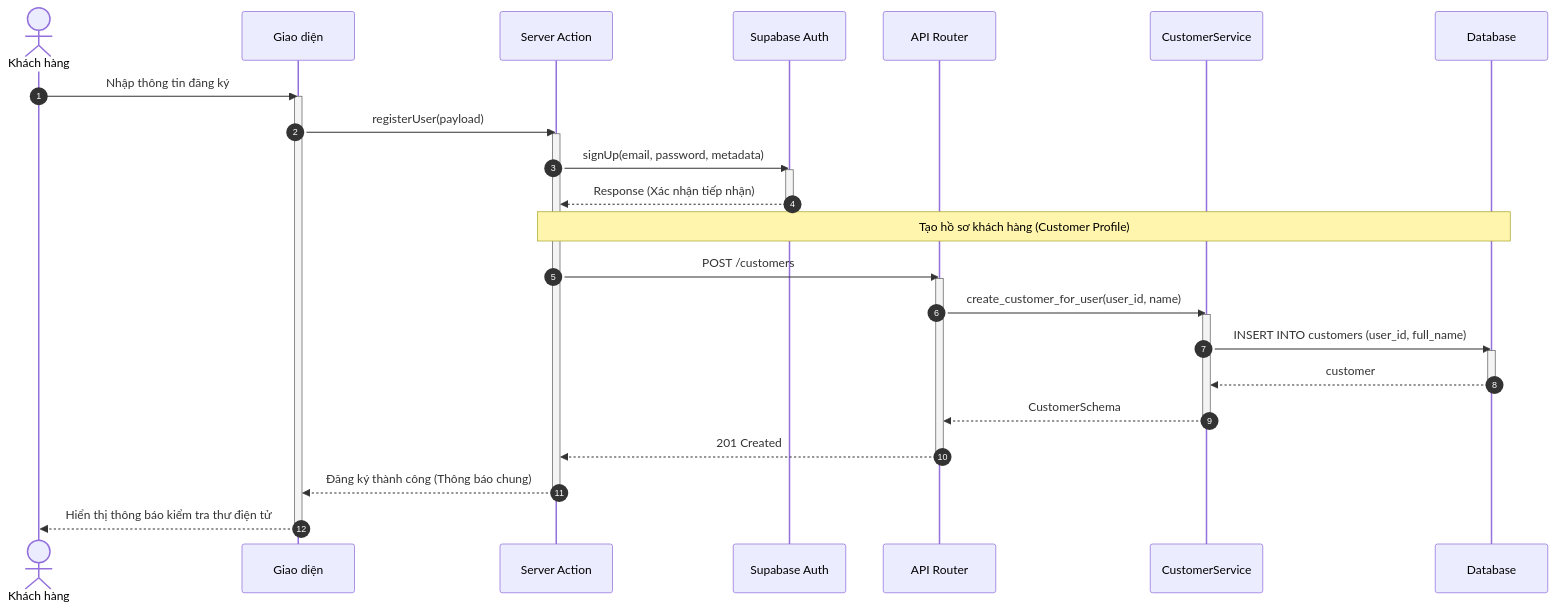
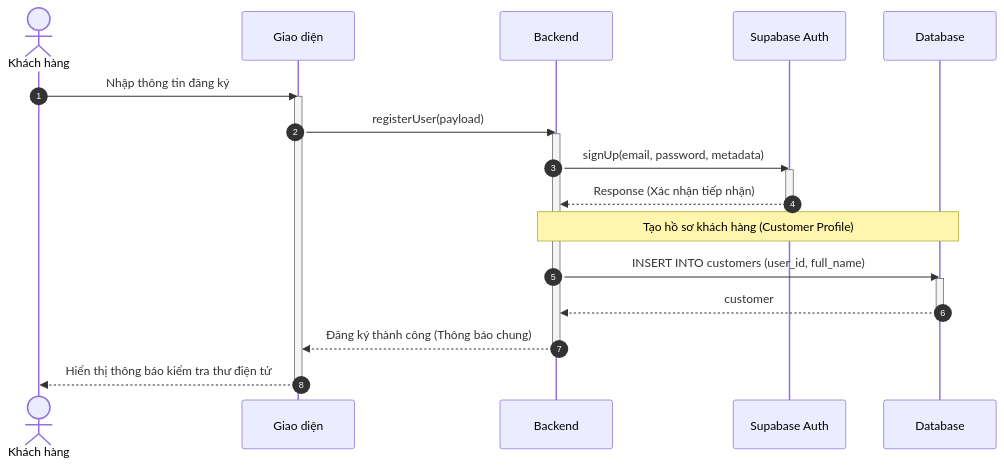
Before and after one commit to ngoctinn/Synapse: the first of 7 diagrams in docs/design/sequences/authentication.md, drawn with Mermaid. The commit also changed other lines of this file and 7 other files, not shown here.

Commit message:
docs: Add initial design documentation for authentication, user flows, and algorithm specification.

````diff
--- a/docs/design/sequences/authentication.md
+++ b/docs/design/sequences/authentication.md
@@ -28,41 +28,31 @@
 ```mermaid
 sequenceDiagram
     autonumber
     actor KH as Khách hàng
     participant UI as Giao diện
-    participant BFF as Server Action
+    participant BE as Backend
     participant SUPA as Supabase Auth
-    participant API as API Router
-    participant S as CustomerService
     participant DB as Database
 
     KH->>UI: Nhập thông tin đăng ký
     activate UI
-    UI->>BFF: registerUser(payload)
-    activate BFF
+    UI->>BE: registerUser(payload)
+    activate BE
 
-    BFF->>SUPA: signUp(email, password, metadata)
+    BE->>SUPA: signUp(email, password, metadata)
     activate SUPA
-    SUPA-->>BFF: Response (Xác nhận tiếp nhận)
+    SUPA-->>BE: Response (Xác nhận tiếp nhận)
     deactivate SUPA
 
-    Note over BFF,DB: Tạo hồ sơ khách hàng (Customer Profile)
-    BFF->>API: POST /customers
-    activate API
-    API->>S: create_customer_for_user(user_id, name)
-    activate S
-    S->>DB: INSERT INTO customers (user_id, full_name)
+    Note over BE,DB: Tạo hồ sơ khách hàng (Customer Profile)
+    BE->>DB: INSERT INTO customers (user_id, full_name)
     activate DB
-    DB-->>S: customer
+    DB-->>BE: customer
     deactivate DB
-    S-->>API: CustomerSchema
-    deactivate S
-    API-->>BFF: 201 Created
-    deactivate API
 
-    BFF-->>UI: Đăng ký thành công (Thông báo chung)
-    deactivate BFF
+    BE-->>UI: Đăng ký thành công (Thông báo chung)
+    deactivate BE
 
     UI-->>KH: Hiển thị thông báo kiểm tra thư điện tử
     deactivate UI
 ```
````
